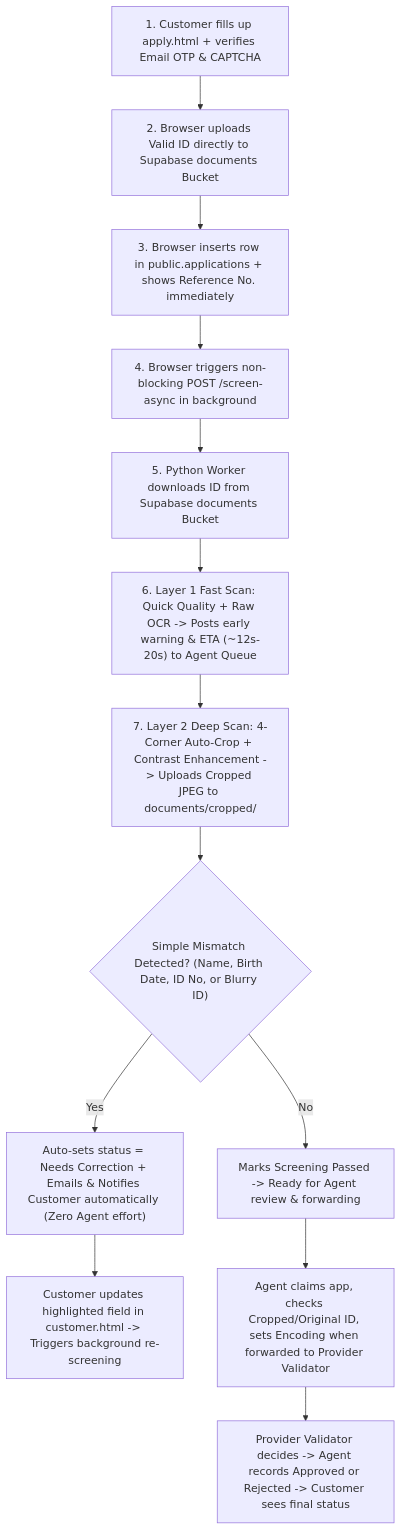
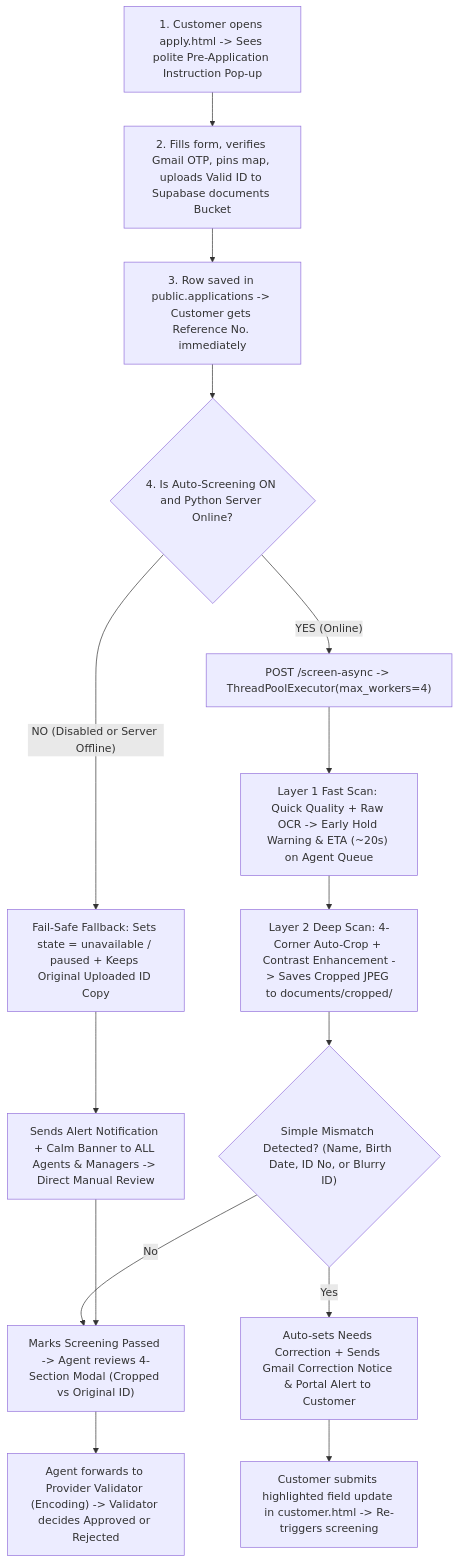
Before and after one commit to ebdenzz/pigem-system: the diagram in STUDY_GUIDE.md, drawn with Mermaid. The commit also changed other lines of this file and 31 other files, not shown here.

Commit message:
Clean portal UI, add popup_guides & screening fail-safe, update Taglish study guide

````diff
--- a/STUDY_GUIDE.md
+++ b/STUDY_GUIDE.md
@@ -25,15 +88,17 @@
 ```mermaid
 flowchart TD
-    A["1. Customer fills up apply.html + verifies Email OTP & CAPTCHA"] --> B["2. Browser uploads Valid ID directly to Supabase documents Bucket"]
-    B --> C["3. Browser inserts row in public.applications + shows Reference No. immediately"]
-    C --> D["4. Browser triggers non-blocking POST /screen-async in background"]
-    D --> E["5. Python Worker downloads ID from Supabase documents Bucket"]
-    E --> F["6. Layer 1 Fast Scan: Quick Quality + Raw OCR -> Posts early warning & ETA (~12s-20s) to Agent Queue"]
-    F --> G["7. Layer 2 Deep Scan: 4-Corner Auto-Crop + Contrast Enhancement -> Uploads Cropped JPEG to documents/cropped/"]
-    G --> H{"Simple Mismatch Detected? (Name, Birth Date, ID No, or Blurry ID)"}
-    H -- "Yes" --> I["Auto-sets status = Needs Correction + Emails & Notifies Customer automatically (Zero Agent effort)"]
-    H -- "No" --> J["Marks Screening Passed -> Ready for Agent review & forwarding"]
-    I --> K["Customer updates highlighted field in customer.html -> Triggers background re-screening"]
-    J --> L["Agent claims app, checks Cropped/Original ID, sets Encoding when forwarded to Provider Validator"]
-    L --> M["Provider Validator decides -> Agent records Approved or Rejected -> Customer sees final status"]
+    A["1. Customer opens apply.html -> Sees polite Pre-Application Instruction Pop-up"] --> B["2. Fills form, verifies Gmail OTP, pins map, uploads Valid ID to Supabase documents Bucket"]
+    B --> C["3. Row saved in public.applications -> Customer gets Reference No. immediately"]
+    C --> D{"4. Is Auto-Screening ON and Python Server Online?"}
+    D -- "NO (Disabled or Server Offline)" --> E["Fail-Safe Fallback: Sets state = unavailable / paused + Keeps Original Uploaded ID Copy"]
+    E --> F["Sends Alert Notification + Calm Banner to ALL Agents & Managers -> Direct Manual Review"]
+    D -- "YES (Online)" --> G["POST /screen-async -> ThreadPoolExecutor(max_workers=4)"]
+    G --> H["Layer 1 Fast Scan: Quick Quality + Raw OCR -> Early Hold Warning & ETA (~20s) on Agent Queue"]
+    H --> I["Layer 2 Deep Scan: 4-Corner Auto-Crop + Contrast Enhancement -> Saves Cropped JPEG to documents/cropped/"]
+    I --> J{"Simple Mismatch Detected? (Name, Birth Date, ID No, or Blurry ID)"}
+    J -- "Yes" --> K["Auto-sets Needs Correction + Sends Gmail Correction Notice & Portal Alert to Customer"]
+    J -- "No" --> L["Marks Screening Passed -> Agent reviews 4-Section Modal (Cropped vs Original ID)"]
+    F --> L
+    K --> M["Customer submits highlighted field update in customer.html -> Re-triggers screening"]
+    L --> N["Agent forwards to Provider Validator (Encoding) -> Validator decides Approved or Rejected"]
 ```
````
